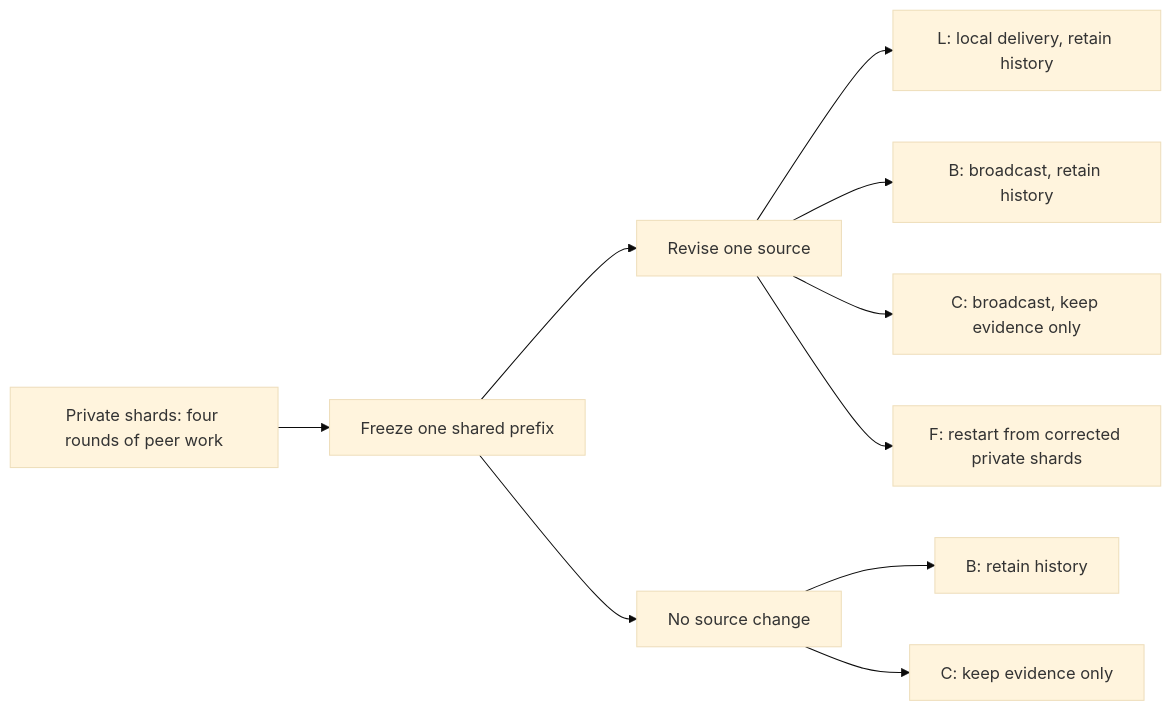
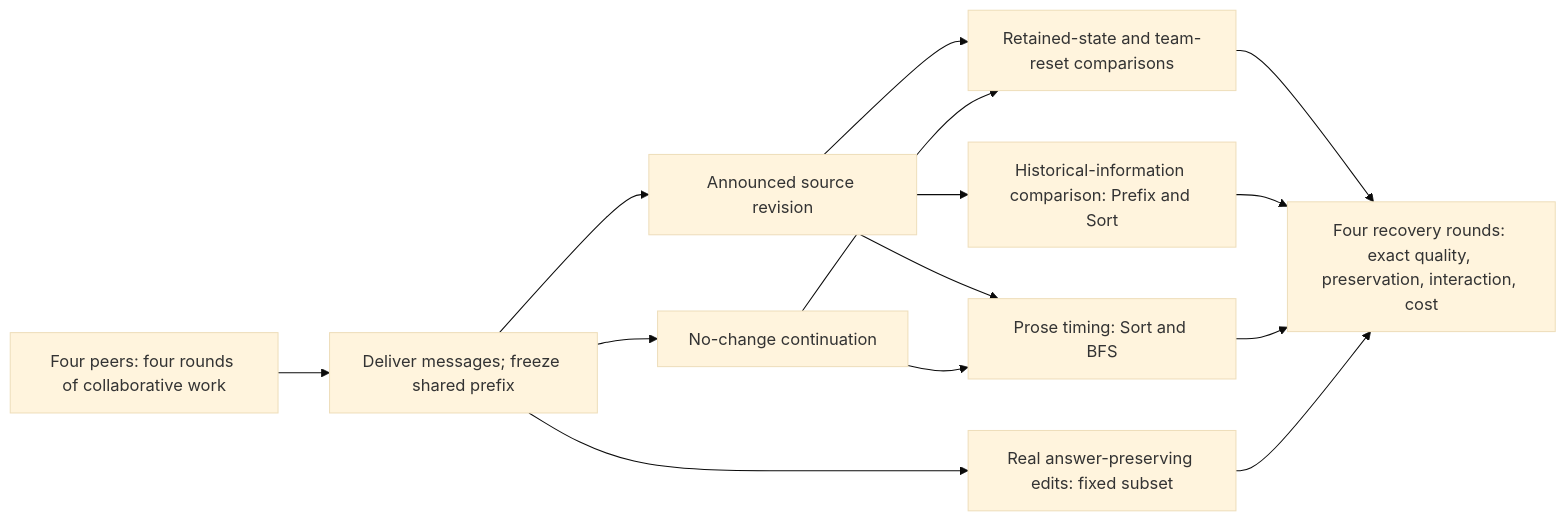
One commit to EndritHasani01/evidence-and-action-in-llm-teams changed the diagram in PROJECT_SPECIFICATION.md. Above: the diagram before and after it, drawn with Mermaid (base theme). The commit also changed other lines of this file and 1 other file, not shown here.

````diff
--- a/PROJECT_SPECIFICATION.md
+++ b/PROJECT_SPECIFICATION.md
@@ -129,12 +29,16 @@
 ```mermaid
 flowchart LR
-    P["Private shards: four rounds of peer work"] --> S["Freeze one shared prefix"]
-    S --> X["Revise one source"]
-    X --> L["L: local delivery, retain history"]
-    X --> B["B: broadcast, retain history"]
-    X --> C["C: broadcast, keep evidence only"]
-    X --> F["F: restart from corrected private shards"]
-    S --> N["No source change"]
-    N --> B0["B: retain history"]
-    N --> C0["C: keep evidence only"]
+    P["Four peers: four rounds of collaborative work"] --> S["Deliver messages; freeze shared prefix"]
+    S --> X["Announced source revision"]
+    S --> Z["No-change continuation"]
+    X --> R["Retained-state and team-reset comparisons"]
+    Z --> R
+    X --> H["Historical-information comparison: Prefix and Sort"]
+    X --> Q["Prose timing: Sort and BFS"]
+    Z --> Q
+    S --> U["Real answer-preserving edits: fixed subset"]
+    R --> E["Four recovery rounds: exact quality, preservation, interaction, cost"]
+    H --> E
+    Q --> E
+    U --> E
 ```
````
